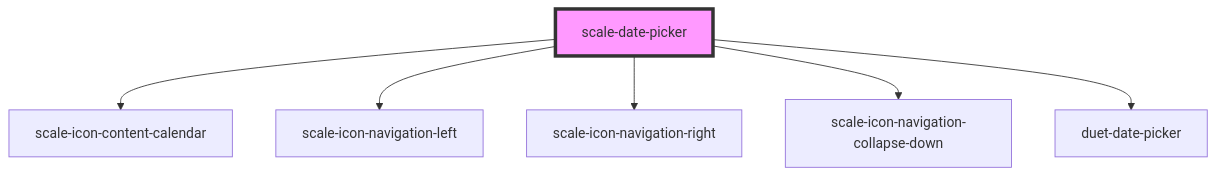
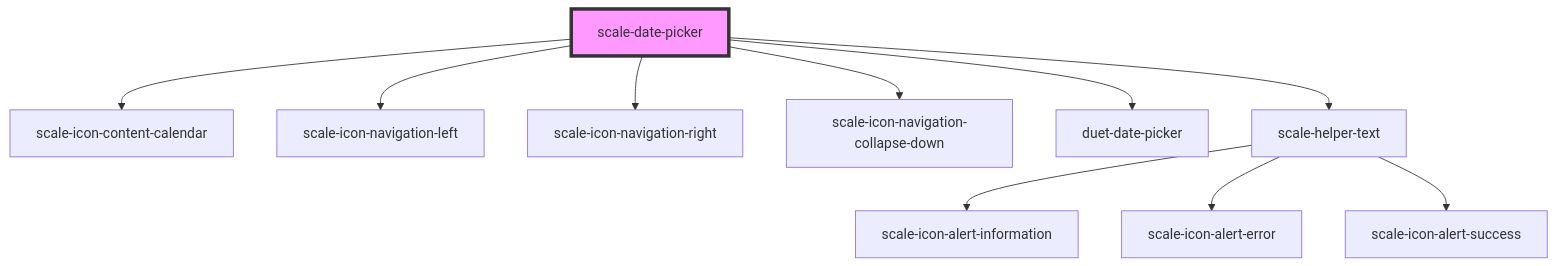
One commit to telekom/scale changed the diagram in packages/components/src/components/date-picker/readme.md. Above: the diagram before and after it, drawn with Mermaid. The commit also changed other lines of this file and 3 other files, not shown here.

Commit message:
refactor: use helper-text-component

````diff
--- a/packages/components/src/components/date-picker/readme.md
+++ b/packages/components/src/components/date-picker/readme.md
@@ -91,9 +93,13 @@
 ```mermaid
 graph TD;
   scale-date-picker --> scale-icon-content-calendar
   scale-date-picker --> scale-icon-navigation-left
   scale-date-picker --> scale-icon-navigation-right
   scale-date-picker --> scale-icon-navigation-collapse-down
   scale-date-picker --> duet-date-picker
+  scale-date-picker --> scale-helper-text
+  scale-helper-text --> scale-icon-alert-information
+  scale-helper-text --> scale-icon-alert-error
+  scale-helper-text --> scale-icon-alert-success
   style scale-date-picker fill:#f9f,stroke:#333,stroke-width:4px
 ```
````
